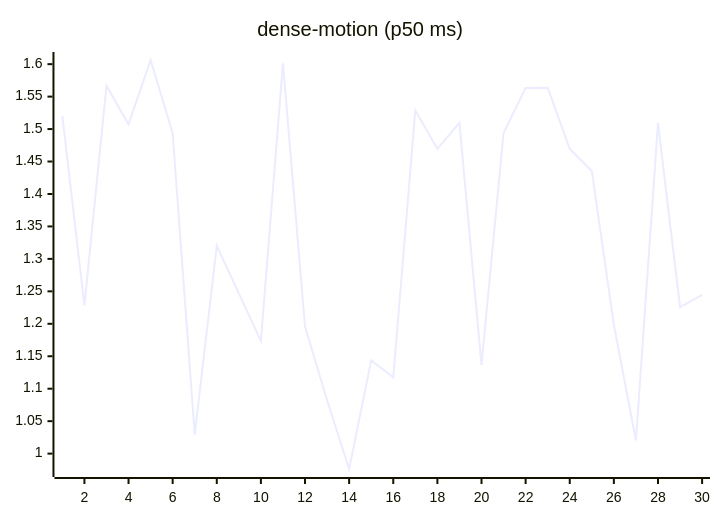
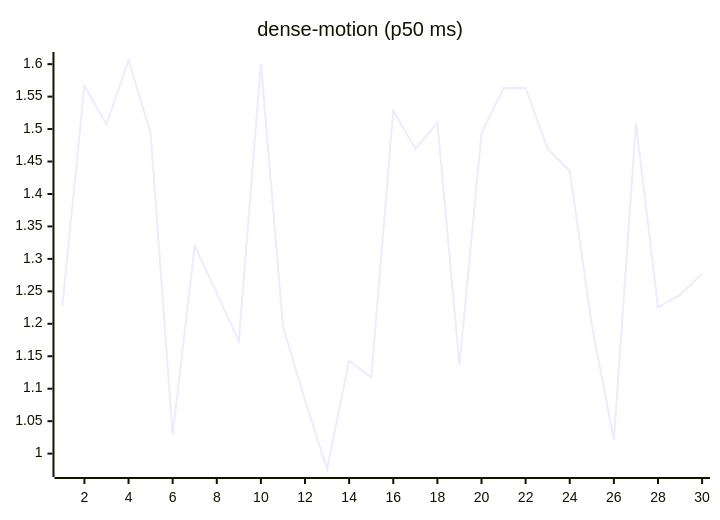
The ninth of 27 diagrams in README.md (josha/Facet), drawn with Mermaid before and after one commit. The commit also changed other lines of this file and 2 other files, not shown here.

````diff
--- a/README.md
+++ b/README.md
@@ -119,6 +119,6 @@
 ```mermaid
 xychart-beta
     title "dense-motion (p50 ms)"
     x-axis 1 --> 30
-    line [1.5198, 1.2285, 1.5668, 1.5073, 1.6064, 1.4938, 1.0293, 1.3202, 1.2469, 1.1733, 1.6011, 1.1959, 1.0823, 0.9763, 1.1436, 1.1174, 1.5286, 1.4695, 1.5096, 1.1365, 1.4939, 1.5634, 1.5638, 1.4692, 1.4355, 1.1984, 1.0205, 1.5093, 1.2258, 1.2445]
+    line [1.2285, 1.5668, 1.5073, 1.6064, 1.4938, 1.0293, 1.3202, 1.2469, 1.1733, 1.6011, 1.1959, 1.0823, 0.9763, 1.1436, 1.1174, 1.5286, 1.4695, 1.5096, 1.1365, 1.4939, 1.5634, 1.5638, 1.4692, 1.4355, 1.1984, 1.0205, 1.5093, 1.2258, 1.2445, 1.2773]
 ```
````
